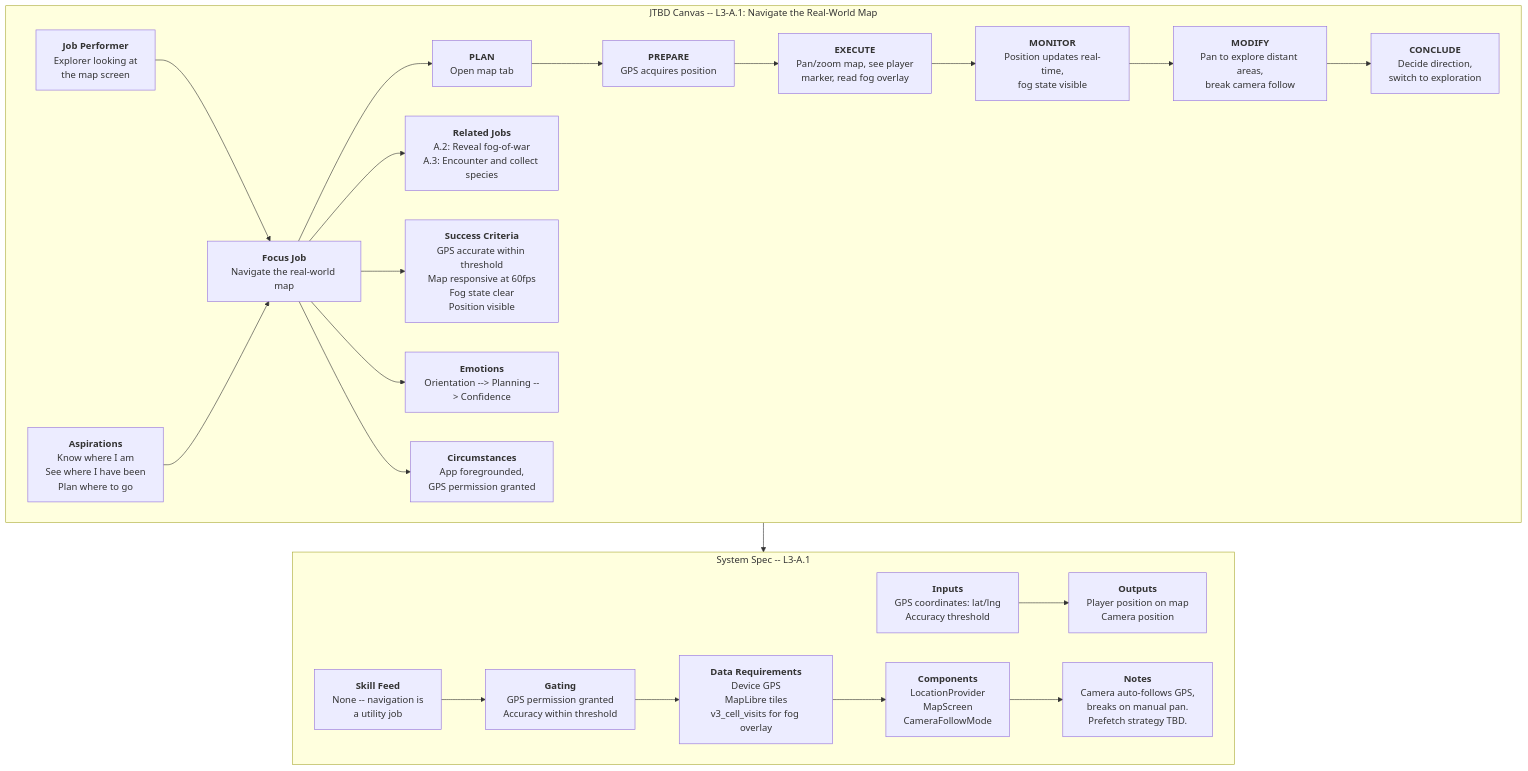
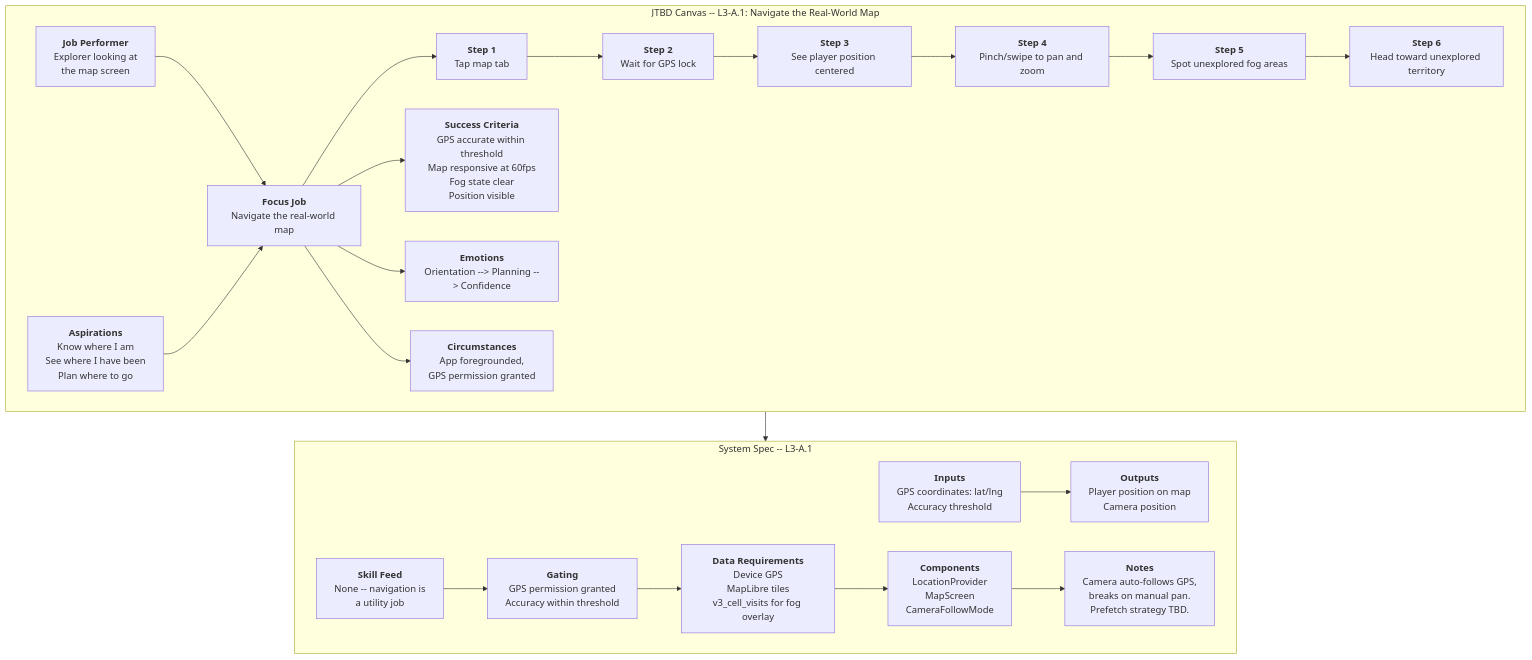
One commit to JMLegere/geo-app changed the diagram in docs/diagrams/problem/a1-navigate-map.mmd. Above: the diagram before and after it, drawn with Mermaid. The commit also changed 52 other files, not shown here.

```diff
--- a/docs/diagrams/problem/a1-navigate-map.mmd
+++ b/docs/diagrams/problem/a1-navigate-map.mmd
@@ -1,44 +1,42 @@
 %% Status: NEEDS HUMAN REVIEW
 flowchart TD
     subgraph JTBD["JTBD Canvas -- L3-A.1: Navigate the Real-World Map"]
         JP["<b>Job Performer</b><br/>Explorer looking at<br/>the map screen"]
         ASP["<b>Aspirations</b><br/>Know where I am<br/>See where I have been<br/>Plan where to go"]
         FJ["<b>Focus Job</b><br/>Navigate the real-world map"]
-        RJ["<b>Related Jobs</b><br/>A.2: Reveal fog-of-war<br/>A.3: Encounter and collect species"]
-        PLAN["<b>PLAN</b><br/>Open map tab"]
-        PREPARE["<b>PREPARE</b><br/>GPS acquires position"]
-        EXECUTE["<b>EXECUTE</b><br/>Pan/zoom map, see player<br/>marker, read fog overlay"]
-        MONITOR["<b>MONITOR</b><br/>Position updates real-time,<br/>fog state visible"]
-        MODIFY["<b>MODIFY</b><br/>Pan to explore distant areas,<br/>break camera follow"]
-        CONCLUDE["<b>CONCLUDE</b><br/>Decide direction,<br/>switch to exploration"]
+        S1["<b>Step 1</b><br/>Tap map tab"]
+        S2["<b>Step 2</b><br/>Wait for GPS lock"]
+        S3["<b>Step 3</b><br/>See player position centered"]
+        S4["<b>Step 4</b><br/>Pinch/swipe to pan and zoom"]
+        S5["<b>Step 5</b><br/>Spot unexplored fog areas"]
+        S6["<b>Step 6</b><br/>Head toward unexplored territory"]
         SC["<b>Success Criteria</b><br/>GPS accurate within threshold<br/>Map responsive at 60fps<br/>Fog state clear<br/>Position visible"]
         EM["<b>Emotions</b><br/>Orientation --> Planning --> Confidence"]
         CIRC["<b>Circumstances</b><br/>App foregrounded,<br/>GPS permission granted"]
 
         JP --> FJ
         ASP --> FJ
-        FJ --> PLAN
-        PLAN --> PREPARE --> EXECUTE --> MONITOR --> MODIFY --> CONCLUDE
-        FJ --> RJ
+        FJ --> S1
+        S1 --> S2 --> S3 --> S4 --> S5 --> S6
         FJ --> SC
         FJ --> EM
         FJ --> CIRC
     end
 
     subgraph SystemSpec["System Spec -- L3-A.1"]
         IN["<b>Inputs</b><br/>GPS coordinates: lat/lng<br/>Accuracy threshold"]
         OUT["<b>Outputs</b><br/>Player position on map<br/>Camera position"]
         SF["<b>Skill Feed</b><br/>None -- navigation is<br/>a utility job"]
         GT["<b>Gating</b><br/>GPS permission granted<br/>Accuracy within threshold"]
         DR["<b>Data Requirements</b><br/>Device GPS<br/>MapLibre tiles<br/>v3_cell_visits for fog overlay"]
         COMP["<b>Components</b><br/>LocationProvider<br/>MapScreen<br/>CameraFollowMode"]
         NOTES["<b>Notes</b><br/>Camera auto-follows GPS,<br/>breaks on manual pan.<br/>Prefetch strategy TBD."]
 
         IN --> OUT
         SF --> GT
         GT --> DR
         DR --> COMP
         COMP --> NOTES
     end
 
     JTBD --> SystemSpec
```
